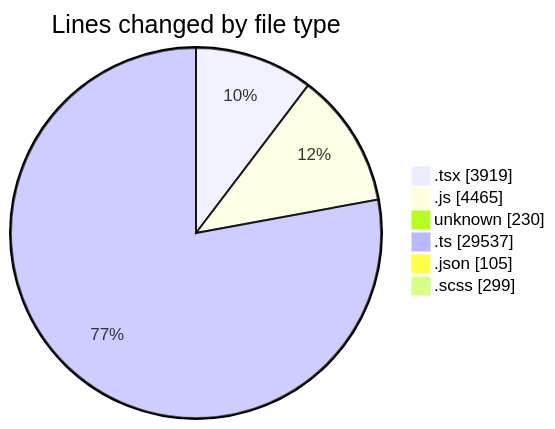
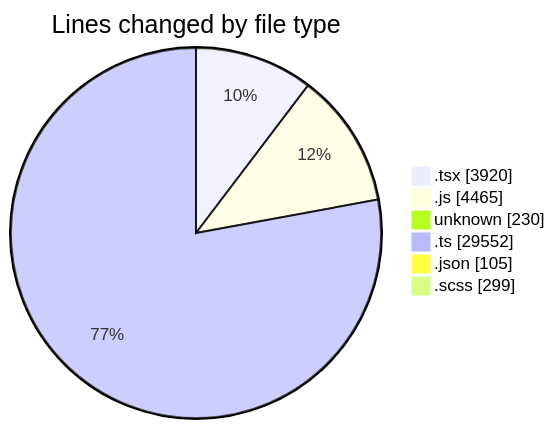
One commit to momahboobian/code-tracking changed the first of 2 diagrams in 2026-05-06/cda/README.md. Above: the diagram before and after it, drawn with Mermaid. The commit also changed other lines of this file and 1 other file, not shown here.

````diff
--- a/2026-05-06/cda/README.md
+++ b/2026-05-06/cda/README.md
@@ -90,10 +90,10 @@
 ```mermaid
 pie showData
 title Lines changed by file type
-".tsx" : 3919
+".tsx" : 3920
 ".js" : 4465
 "unknown" : 230
-".ts" : 29537
+".ts" : 29552
 ".json" : 105
 ".scss" : 299
 ```
````
